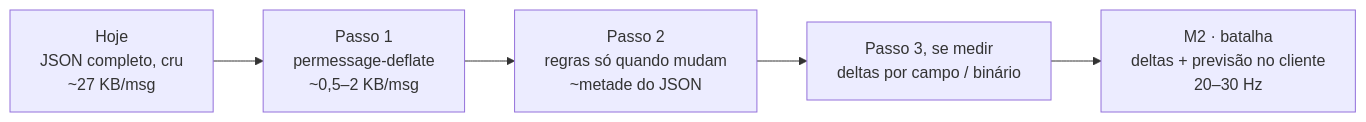
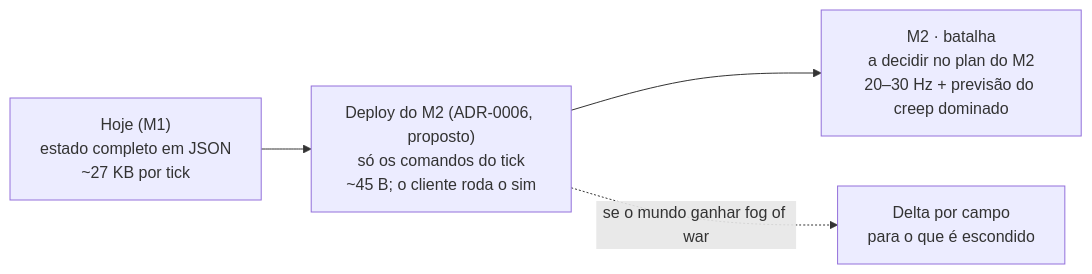
Before and after one commit to eliasfeijo/geometrix: the seventh of 8 diagrams in docs/OVERVIEW.md, drawn with Mermaid. The commit also changed other lines of this file, not shown here.

````diff
--- a/docs/OVERVIEW.md
+++ b/docs/OVERVIEW.md
@@ -438,7 +448,6 @@
 ```mermaid
 flowchart LR
-    A["Hoje<br/>JSON completo, cru<br/>~27 KB/msg"] --> B["Passo 1<br/>permessage-deflate<br/>~0,5–2 KB/msg"]
-    B --> C["Passo 2<br/>regras só quando mudam<br/>~metade do JSON"]
-    C --> D["Passo 3, se medir<br/>deltas por campo / binário"]
-    D --> E["M2 · batalha<br/>deltas + previsão no cliente<br/>20–30 Hz"]
+    A["Hoje (M1)<br/>estado completo em JSON<br/>~27 KB por tick"] --> B["Deploy do M2 (ADR-0006, proposto)<br/>só os comandos do tick<br/>~45 B; o cliente roda o sim"]
+    B --> C["M2 · batalha<br/>a decidir no plan do M2<br/>20–30 Hz + previsão do creep dominado"]
+    B -.->|"se o mundo ganhar fog of war"| D["Delta por campo<br/>para o que é escondido"]
 ```
````
